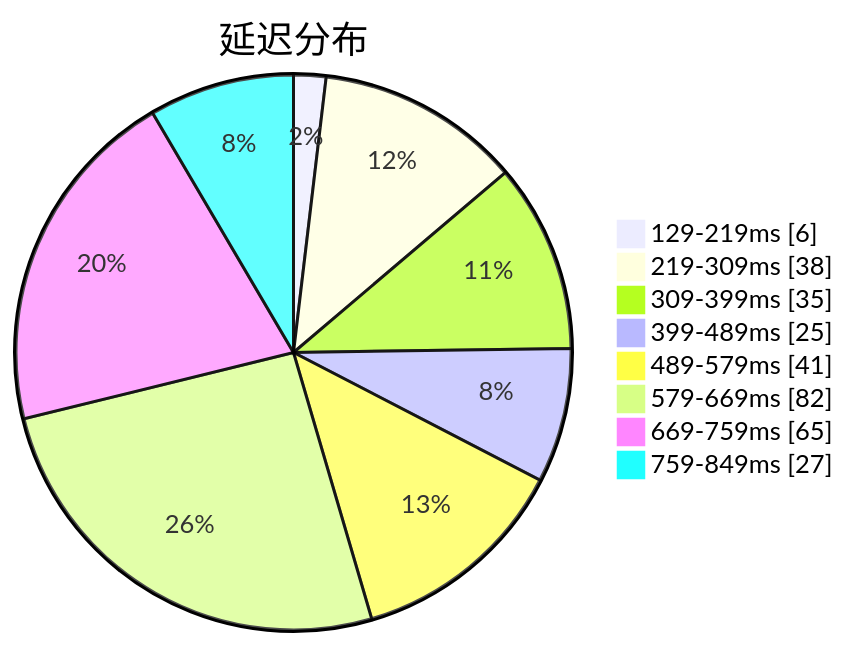
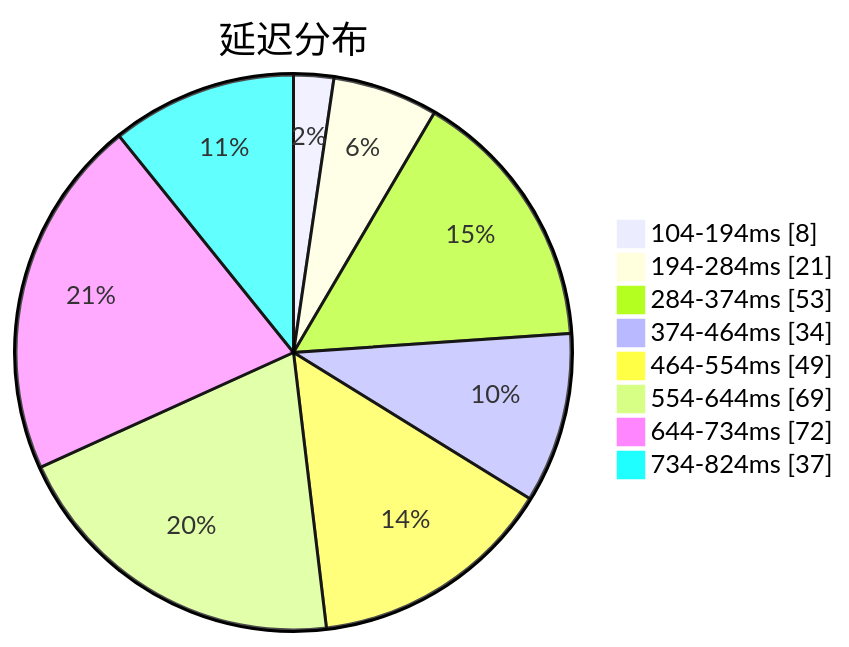
The first of 3 diagrams in subs/statistics/tested_within.md (sinspired/airport), drawn with Mermaid before and after one commit. The commit also changed other lines of this file and 2 other files, not shown here.

````diff
--- a/subs/statistics/tested_within.md
+++ b/subs/statistics/tested_within.md
@@ -2,12 +2,12 @@
 ```mermaid
 pie showData
 title 延迟分布
-"129-219ms" : 6
-"219-309ms" : 38
-"309-399ms" : 35
-"399-489ms" : 25
-"489-579ms" : 41
-"579-669ms" : 82
-"669-759ms" : 65
-"759-849ms" : 27
+"104-194ms" : 8
+"194-284ms" : 21
+"284-374ms" : 53
+"374-464ms" : 34
+"464-554ms" : 49
+"554-644ms" : 69
+"644-734ms" : 72
+"734-824ms" : 37
 ```
````
